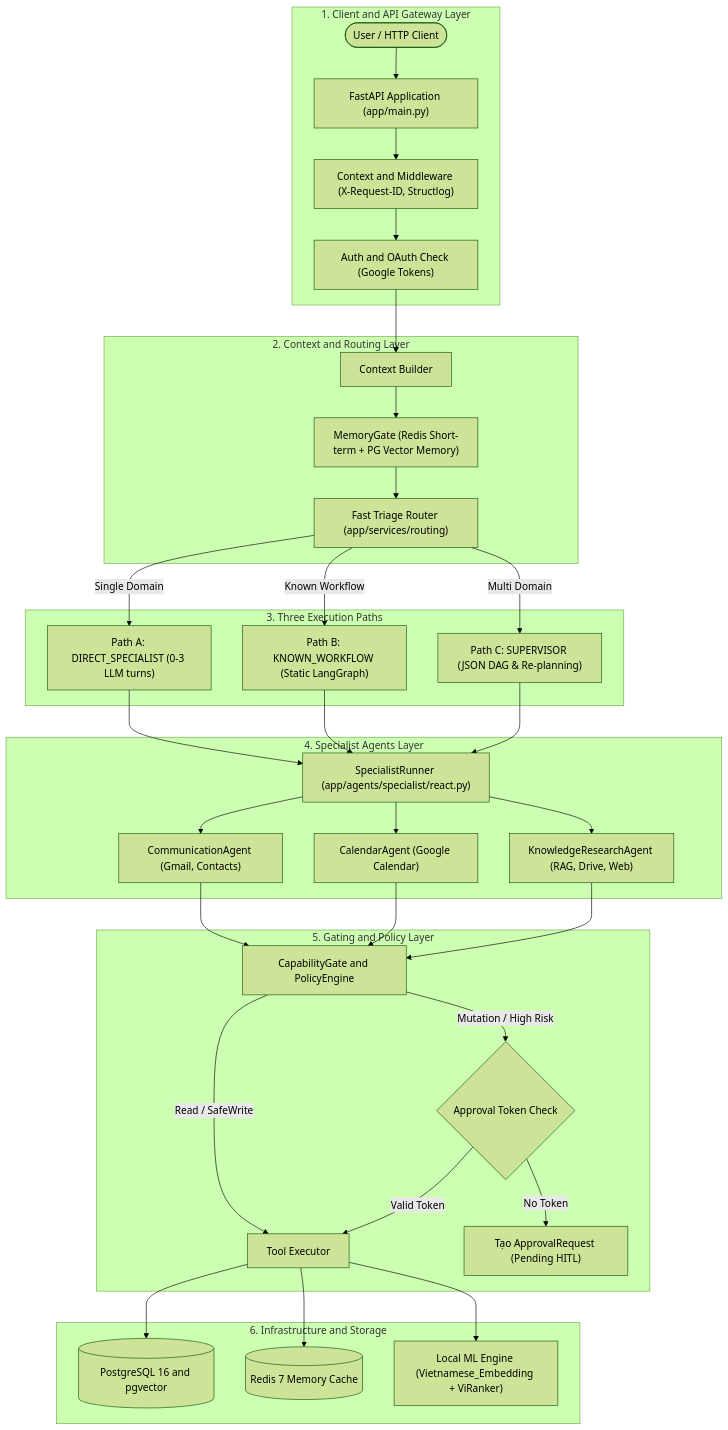
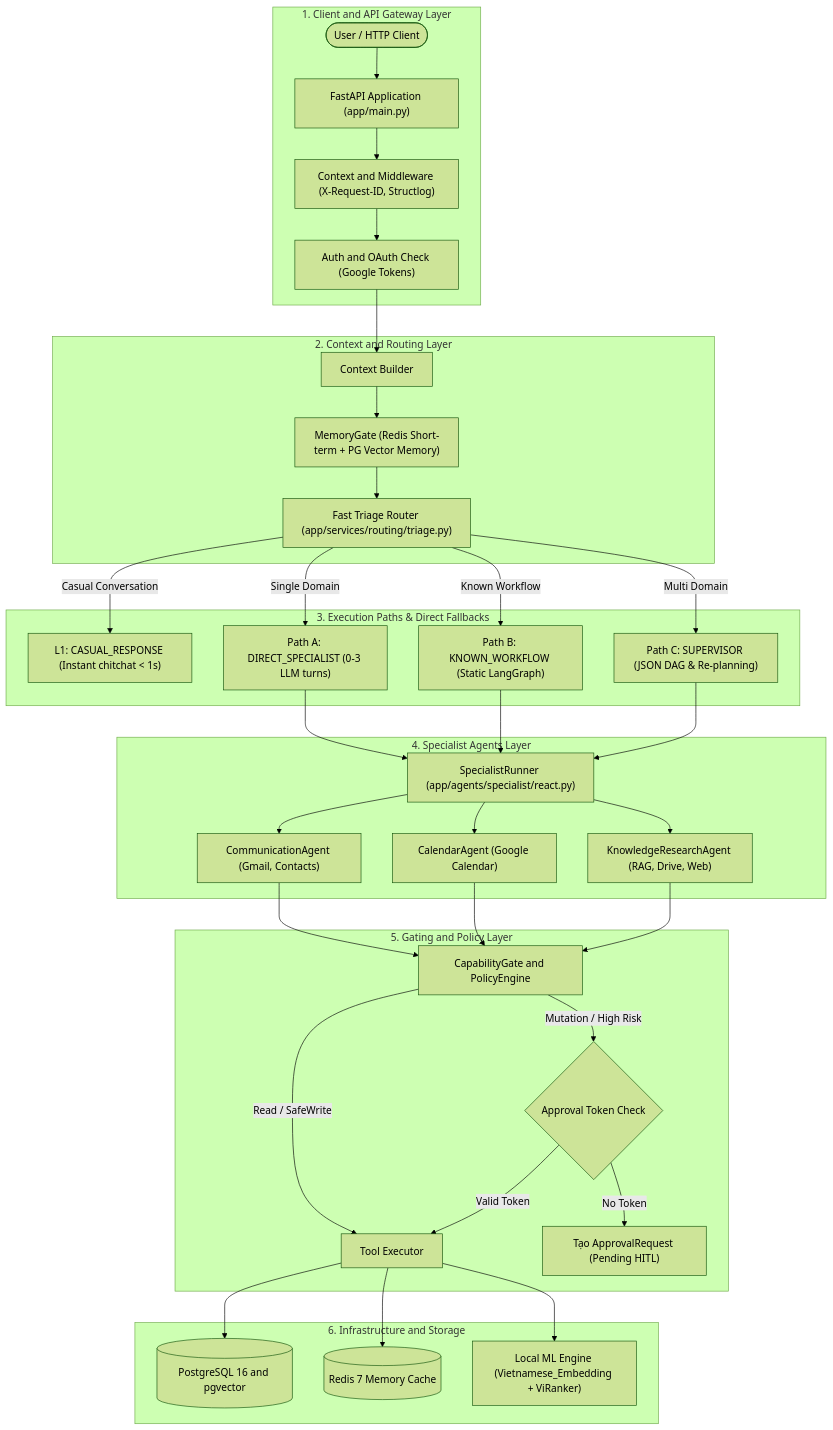
Before and after one commit to dvnam1605/personal-agent: the first of 2 diagrams in docs/architecture/01-system-overview-and-architecture.md, drawn with Mermaid (forest theme). The commit also changed other lines of this file and 22 other files, not shown here.

Commit message:
feat: add RAG answer synthesis service, architecture documentation, and frontend UI components

````diff
--- a/docs/architecture/01-system-overview-and-architecture.md
+++ b/docs/architecture/01-system-overview-and-architecture.md
@@ -23,41 +23,42 @@
 ```mermaid
 flowchart TD
     subgraph Client["1. Client and API Gateway Layer"]
         U([User / HTTP Client]) --> GW["FastAPI Application (app/main.py)"]
         GW --> MW["Context and Middleware (X-Request-ID, Structlog)"]
         MW --> Auth["Auth and OAuth Check (Google Tokens)"]
     end
 
     subgraph ContextPrep["2. Context and Routing Layer"]
         Auth --> CB["Context Builder"]
         CB --> MG["MemoryGate (Redis Short-term + PG Vector Memory)"]
-        MG --> FT["Fast Triage Router (app/services/routing)"]
+        MG --> FT["Fast Triage Router (app/services/routing/triage.py)"]
     end
 
-    subgraph ExecutionPaths["3. Three Execution Paths"]
+    subgraph ExecutionPaths["3. Execution Paths & Direct Fallbacks"]
+        FT -->|Casual Conversation| Casual["L1: CASUAL_RESPONSE (Instant chitchat < 1s)"]
         FT -->|Single Domain| PathA["Path A: DIRECT_SPECIALIST (0-3 LLM turns)"]
         FT -->|Known Workflow| PathB["Path B: KNOWN_WORKFLOW (Static LangGraph)"]
         FT -->|Multi Domain| PathC["Path C: SUPERVISOR (JSON DAG & Re-planning)"]
     end
 
     subgraph SpecialistAgents["4. Specialist Agents Layer"]
         PathA & PathB & PathC --> SpecRunner["SpecialistRunner (app/agents/specialist/react.py)"]
         SpecRunner --> CommAgent["CommunicationAgent (Gmail, Contacts)"]
         SpecRunner --> CalAgent["CalendarAgent (Google Calendar)"]
         SpecRunner --> KnowAgent["KnowledgeResearchAgent (RAG, Drive, Web)"]
     end
 
     subgraph GatingSecurity["5. Gating and Policy Layer"]
         CommAgent & CalAgent & KnowAgent --> Gate["CapabilityGate and PolicyEngine"]
         Gate -->|Read / SafeWrite| Exec["Tool Executor"]
         Gate -->|Mutation / High Risk| Approval{"Approval Token Check"}
         Approval -->|No Token| HITL["Tạo ApprovalRequest (Pending HITL)"]
         Approval -->|Valid Token| Exec
     end
 
     subgraph Infra["6. Infrastructure and Storage"]
         Exec --> PG[(PostgreSQL 16 and pgvector)]
         Exec --> Redis[(Redis 7 Memory Cache)]
         Exec --> LocalML["Local ML Engine (Vietnamese_Embedding + ViRanker)"]
     end
 ```
````
